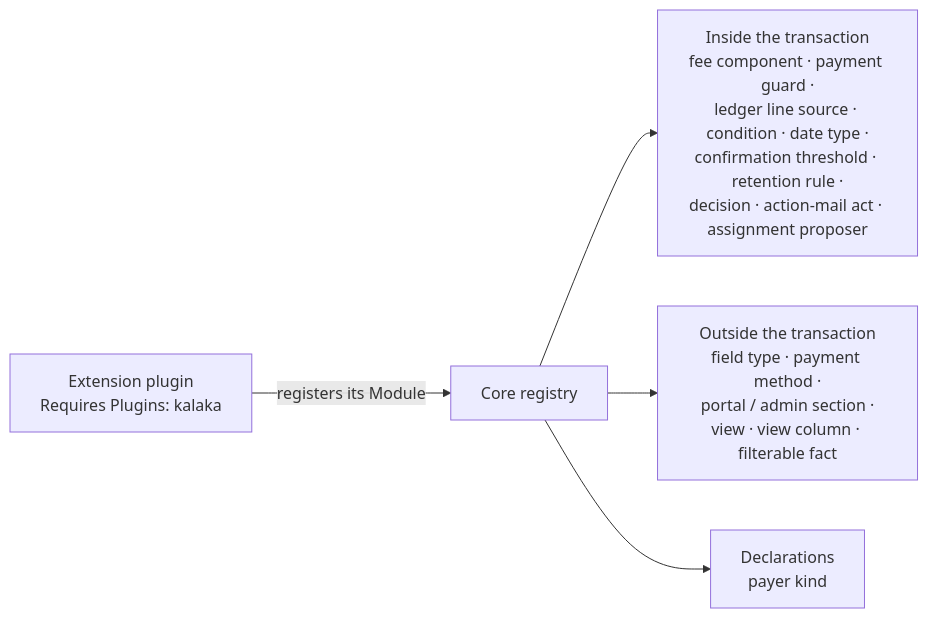
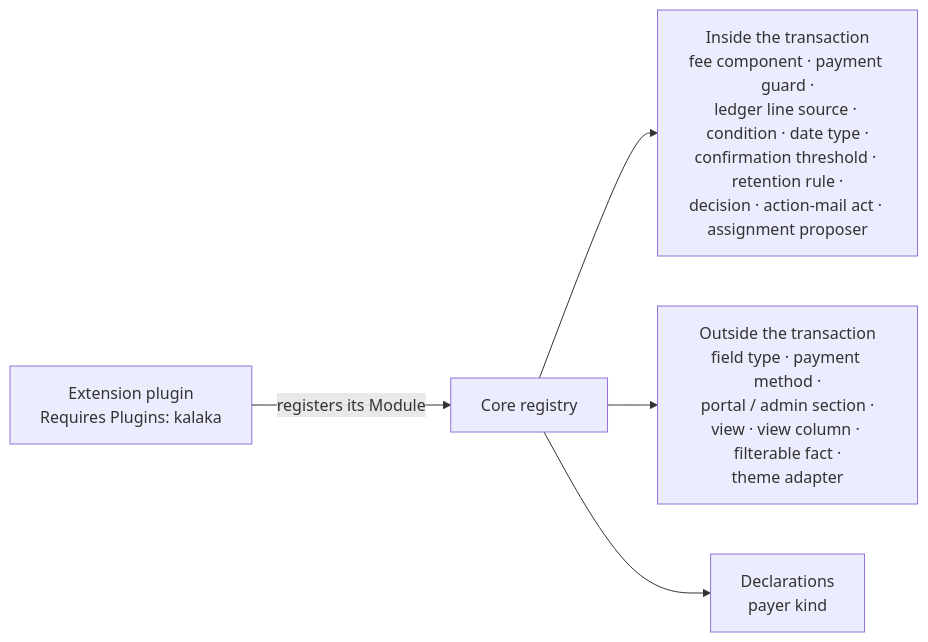
The second of 2 diagrams in docs/architecture/modules-and-extensions.md (reformatus/kalaka), drawn with Mermaid before and after one commit. The commit also changed other lines of this file and 1 other file, not shown here.

First line of the commit message:
Architecture: the theme-adapter point; the shortcode only places a form

````diff
--- a/docs/architecture/modules-and-extensions.md
+++ b/docs/architecture/modules-and-extensions.md
@@ -271,7 +278,7 @@
 ```mermaid
 flowchart LR
   EP["Extension plugin<br/>Requires Plugins: kalaka"] -->|"registers its Module"| REG["Core registry"]
   REG --> IN["Inside the transaction<br/>fee component · payment guard ·<br/>ledger line source · condition · date type ·<br/>confirmation threshold · retention rule ·<br/>decision · action-mail act · assignment proposer"]
-  REG --> OUT["Outside the transaction<br/>field type · payment method ·<br/>portal / admin section ·<br/>view · view column · filterable fact"]
+  REG --> OUT["Outside the transaction<br/>field type · payment method ·<br/>portal / admin section ·<br/>view · view column · filterable fact ·<br/>theme adapter"]
   REG --> DECL["Declarations<br/>payer kind"]
 ```
````
